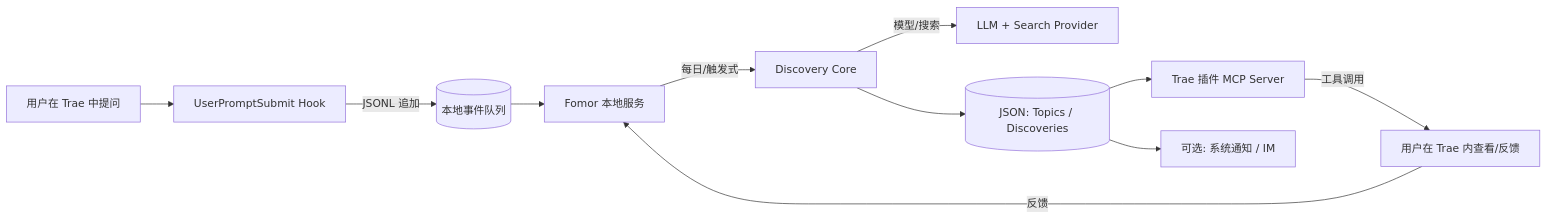
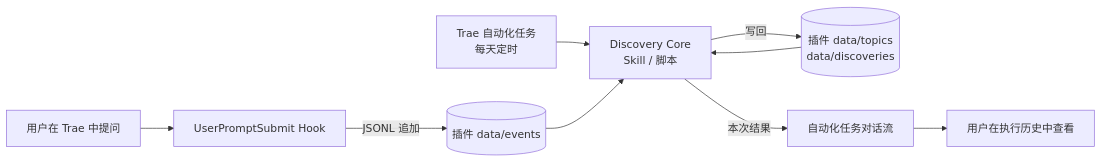
Before and after one commit to LYJ132/Fomor: the diagram in docs/TRAE-PLATFORM-RESEARCH.md, drawn with Mermaid. The commit also changed other lines of this file and 2 other files, not shown here.

````diff
--- a/docs/TRAE-PLATFORM-RESEARCH.md
+++ b/docs/TRAE-PLATFORM-RESEARCH.md
@@ -477,13 +524,11 @@
 ```mermaid
 flowchart LR
     U[用户在 Trae 中提问] --> H[UserPromptSubmit Hook]
-    H -->|JSONL 追加| Q[(本地事件队列)]
-    Q --> S[Fomor 本地服务]
-    S -->|每日/触发式| C[Discovery Core]
-    C -->|模型/搜索| X[LLM + Search Provider]
-    C --> M[(JSON: Topics / Discoveries)]
-    M --> P[Trae 插件 MCP Server]
-    P -->|工具调用| U2[用户在 Trae 内查看/反馈]
-    M --> N[可选: 系统通知 / IM]
-    U2 -->|反馈| S
+    H -->|JSONL 追加| E[(插件 data/events)]
+    T[Trae 自动化任务<br/>每天定时] --> C[Discovery Core<br/>Skill / 脚本]
+    E --> C
+    M[(插件 data/topics<br/>data/discoveries)] --> C
+    C -->|写回| M
+    C -->|本次结果| O[自动化任务对话流]
+    O --> V[用户在执行历史中查看]
 ```
````
